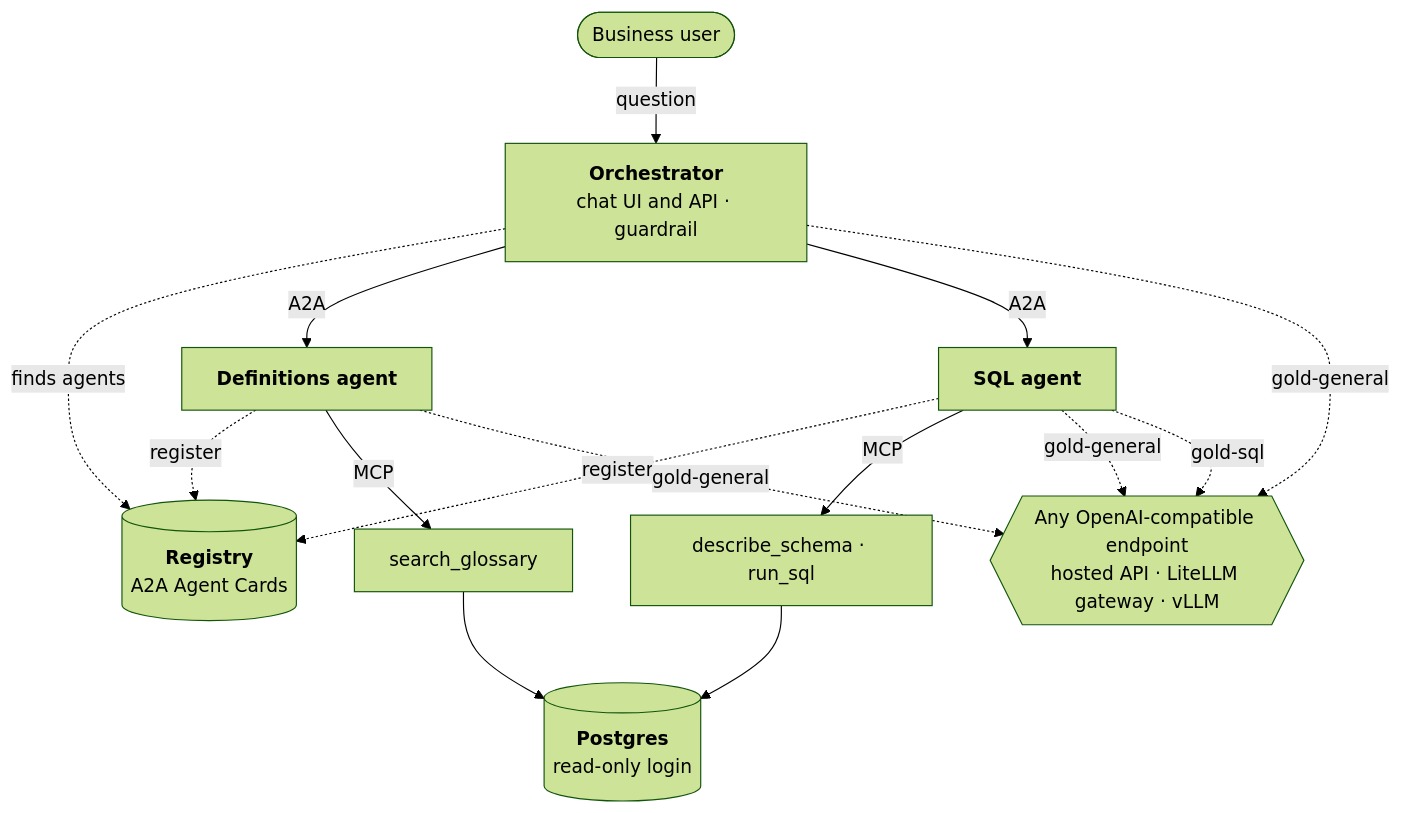
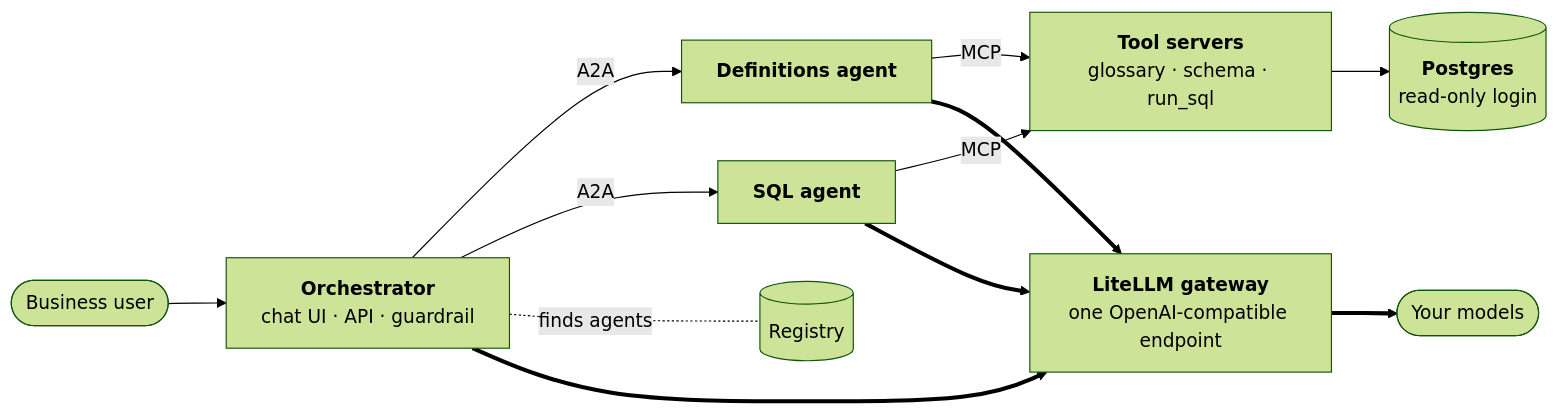
One commit to mundabra/gold-agentic-ai changed the first of 2 diagrams in README.md. Above: the diagram before and after it, drawn with Mermaid (forest theme). The commit also changed other lines of this file, not shown here.

First line of the commit message:
README: simpler architecture diagram and a 'one endpoint, many models' gateway section

````diff
--- a/README.md
+++ b/README.md
@@ -52,13 +52,12 @@
 ```mermaid
-flowchart TB
-    U([Business user]) -->|question| O["<b>Orchestrator</b><br/>chat UI and API · guardrail"]
-    O -. finds agents .-> R[("<b>Registry</b><br/>A2A Agent Cards")]
-    D & S -. register .-> R
+flowchart LR
+    U([Business user]) --> O["<b>Orchestrator</b><br/>chat UI · API · guardrail"]
     O -->|A2A| D["<b>Definitions agent</b>"]
     O -->|A2A| S["<b>SQL agent</b>"]
-    D -->|MCP| G["search_glossary"]
-    S -->|MCP| Q["describe_schema · run_sql"]
-    G & Q --> DB[("<b>Postgres</b><br/>read-only login")]
-    O & D & S -.->|gold-general| M{{"Any OpenAI-compatible endpoint<br/>hosted API · LiteLLM gateway · vLLM"}}
-    S -.->|gold-sql| M
+    O -. finds agents .- R[("Registry")]
+    D -->|MCP| T["<b>Tool servers</b><br/>glossary · schema · run_sql"]
+    S -->|MCP| T
+    T --> DB[("<b>Postgres</b><br/>read-only login")]
+    O & D & S ==> GW["<b>LiteLLM gateway</b><br/>one OpenAI-compatible endpoint"]
+    GW ==> MODELS(["Your models"])
 ```
````
